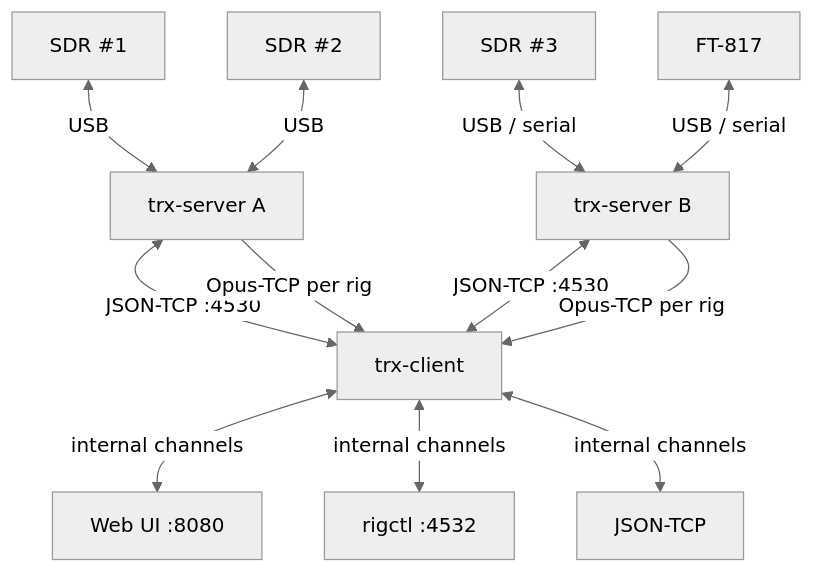
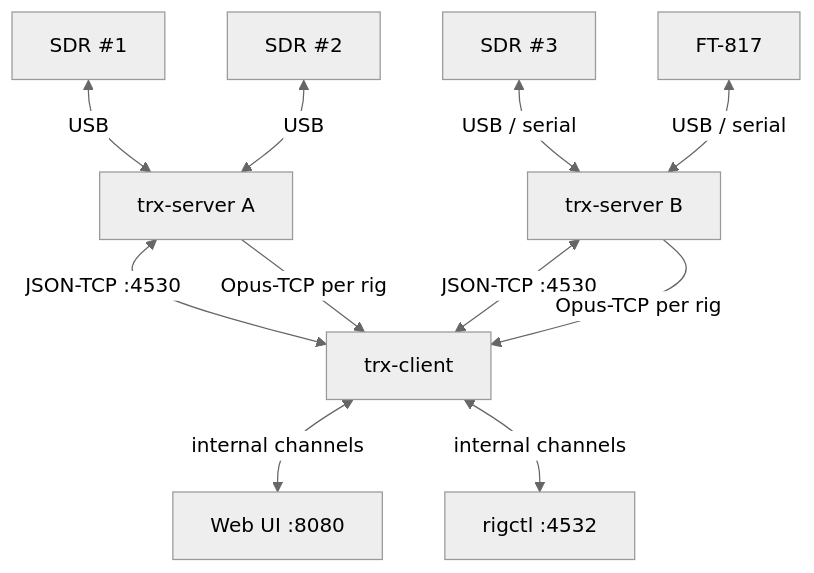
One commit to sgrams/trx-rs changed the diagram in README.md. Above: the diagram before and after it, drawn with Mermaid (neutral theme).

Commit message:
[docs](trx-rs): remove JSON-TCP frontend from README diagram
JSON-TCP frontend is for debugging only, not worth showing in the overview.

````diff
--- a/README.md
+++ b/README.md
@@ -85,14 +85,13 @@
 ```mermaid
 graph TD
     SDR1["SDR #1"] & SDR2["SDR #2"] <-->|USB| S1["trx-server A"]
     SDR3["SDR #3"] & FT817["FT-817"] <-->|USB / serial| S2["trx-server B"]
 
     S1 <-->|"JSON-TCP :4530"| C1["trx-client"]
     S1 -->|"Opus-TCP per rig"| C1
     S2 <-->|"JSON-TCP :4530"| C1
     S2 -->|"Opus-TCP per rig"| C1
 
     C1 <-->|internal channels| F1["Web UI :8080"]
     C1 <-->|internal channels| F2["rigctl :4532"]
-    C1 <-->|internal channels| F3["JSON-TCP"]
 ```
````
